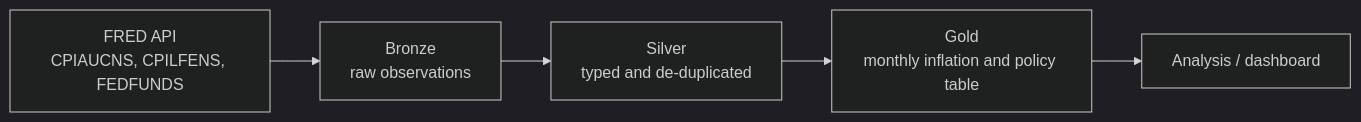
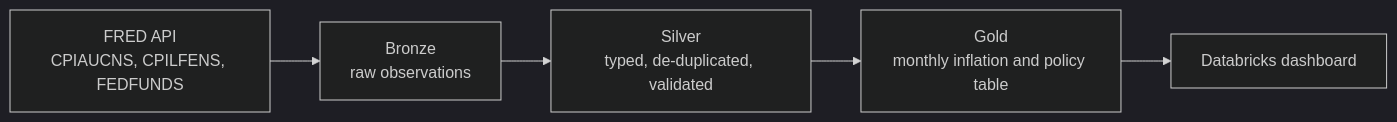
The diagram in README.md (williamhrobinson/inflation), drawn with Mermaid (dark theme) before and after one commit. The commit also changed other lines of this file and 7 other files, not shown here.

````diff
--- a/README.md
+++ b/README.md
@@ -36,7 +38,7 @@
 ```mermaid
 flowchart LR
     A["FRED API<br/>CPIAUCNS, CPILFENS, FEDFUNDS"] --> B["Bronze<br/>raw observations"]
-    B --> C["Silver<br/>typed and de-duplicated"]
+    B --> C["Silver<br/>typed, de-duplicated, validated"]
     C --> D["Gold<br/>monthly inflation and policy table"]
-    D --> E["Analysis / dashboard"]
+    D --> E["Databricks dashboard"]
 ```
````
